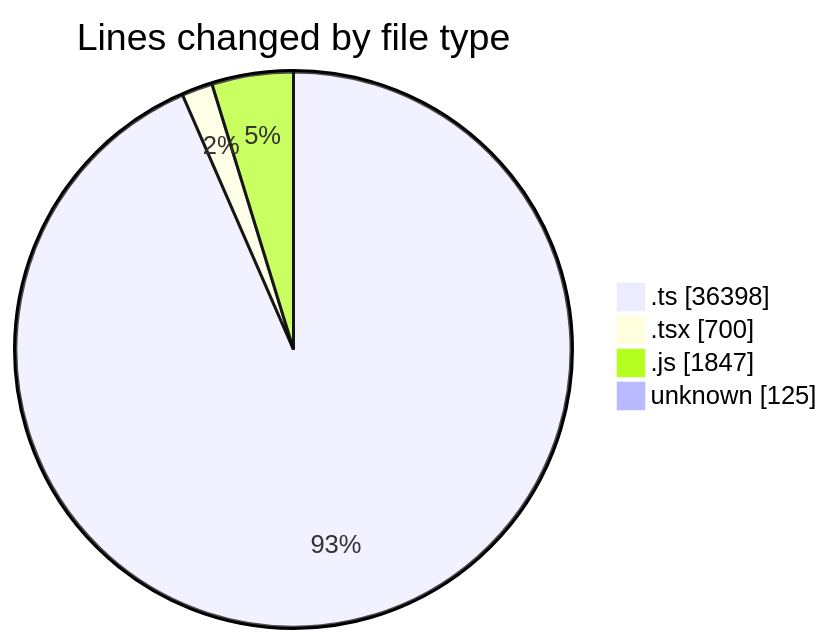
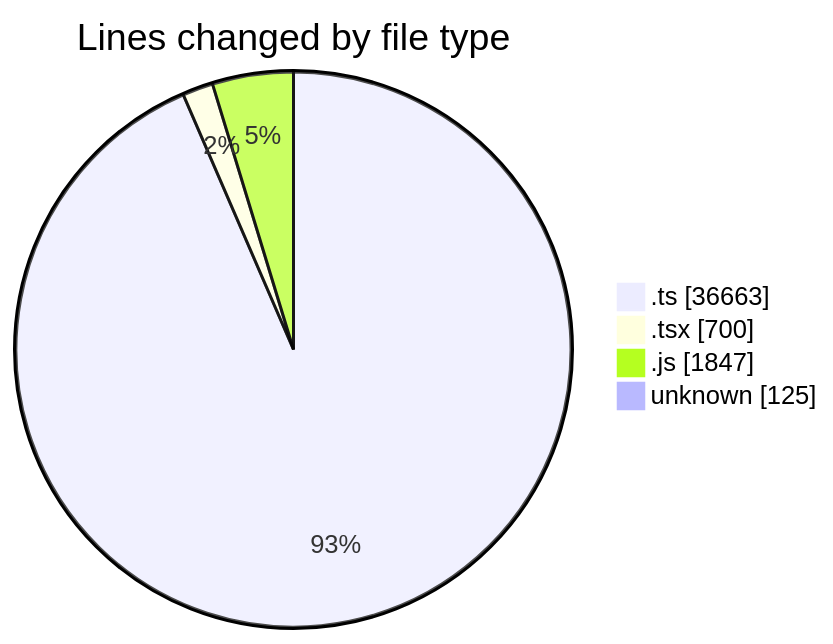
One commit to momahboobian/code-tracking changed the first of 2 diagrams in 2026-09-18/cda/README.md. Above: the diagram before and after it, drawn with Mermaid. The commit also changed other lines of this file and 1 other file, not shown here.

````diff
--- a/2026-09-18/cda/README.md
+++ b/2026-09-18/cda/README.md
@@ -38,8 +39,8 @@
 ```mermaid
 pie showData
 title Lines changed by file type
-".ts" : 36398
+".ts" : 36663
 ".tsx" : 700
 ".js" : 1847
 "unknown" : 125
 ```
````
